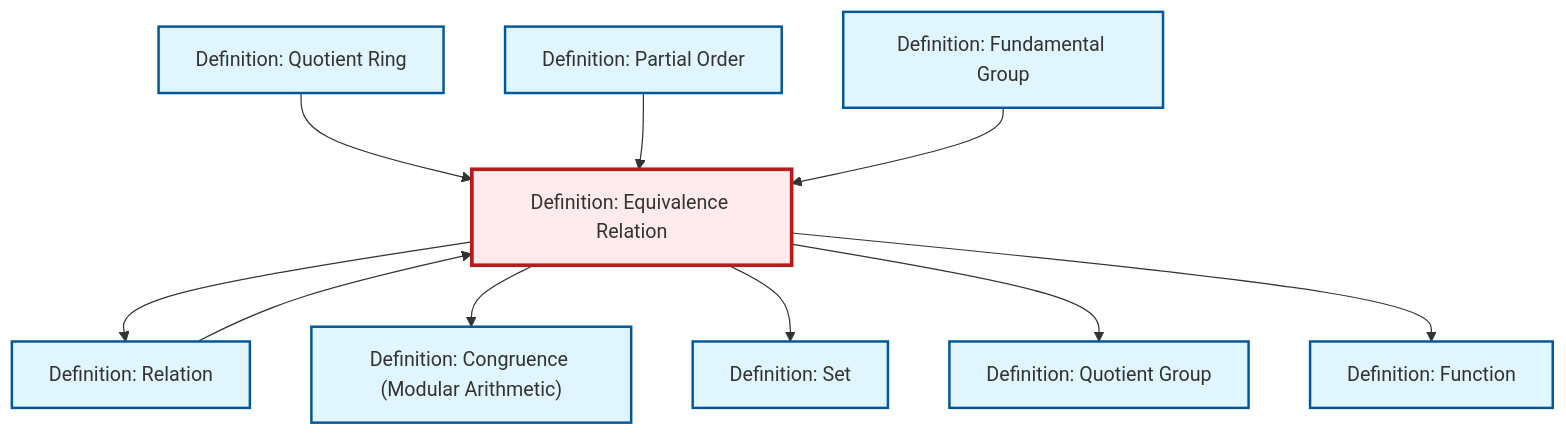
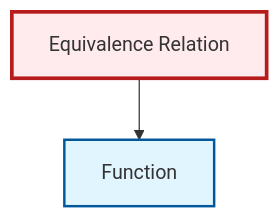
Before and after one commit to RK0429/ModernMath: the diagram in content/en/logic-set-theory/def-equivalence-relation.qmd, drawn with Mermaid. The commit also changed 328 other files, not shown here.

````diff
--- a/content/en/logic-set-theory/def-equivalence-relation.qmd
+++ b/content/en/logic-set-theory/def-equivalence-relation.qmd
@@ -115,36 +115,14 @@
 ```{mermaid}
 %%| fig-cap: "Local dependency graph"
 graph TD
     classDef definition fill:#e1f5fe,stroke:#01579b,stroke-width:2px
     classDef theorem fill:#f3e5f5,stroke:#4a148c,stroke-width:2px
     classDef axiom fill:#fff3e0,stroke:#e65100,stroke-width:2px
     classDef example fill:#e8f5e9,stroke:#1b5e20,stroke-width:2px
     classDef current fill:#ffebee,stroke:#b71c1c,stroke-width:3px
-    def-set["Definition: Set"]:::definition
-    def-partial-order["Definition: Partial Order"]:::definition
-    def-quotient-group["Definition: Quotient Group"]:::definition
-    def-function["Definition: Function"]:::definition
-    def-congruence["Definition: Congruence (Modular Arithmetic)"]:::definition
-    def-equivalence-relation["Definition: Equivalence Relation"]:::definition
-    def-relation["Definition: Relation"]:::definition
-    def-fundamental-group["Definition: Fundamental Group"]:::definition
-    def-quotient-ring["Definition: Quotient Ring"]:::definition
-    def-relation --> def-equivalence-relation
-    def-equivalence-relation --> def-relation
-    def-quotient-ring --> def-equivalence-relation
-    def-equivalence-relation --> def-congruence
-    def-equivalence-relation --> def-set
-    def-partial-order --> def-equivalence-relation
-    def-equivalence-relation --> def-quotient-group
-    def-fundamental-group --> def-equivalence-relation
+    def-equivalence-relation["Equivalence Relation"]:::definition
+    def-function["Function"]:::definition
     def-equivalence-relation --> def-function
     class def-equivalence-relation current
-    click def-set "def-set.html" "Go to Set definition"
-    click def-partial-order "def-partial-order.html" "Go to Partial Order definition"
-    click def-quotient-group "def-quotient-group.html" "Go to Quotient Group definition"
-    click def-function "def-function.html" "Go to Function definition"
-    click def-congruence "def-congruence.html" "Go to Congruence (Modular Arithmetic) definition"
-    click def-relation "def-relation.html" "Go to Relation definition"
-    click def-fundamental-group "def-fundamental-group.html" "Go to Fundamental Group definition"
-    click def-quotient-ring "def-quotient-ring.html" "Go to Quotient Ring definition"
+    click def-function "def-function.html" "Go to Function"
 ```
````
